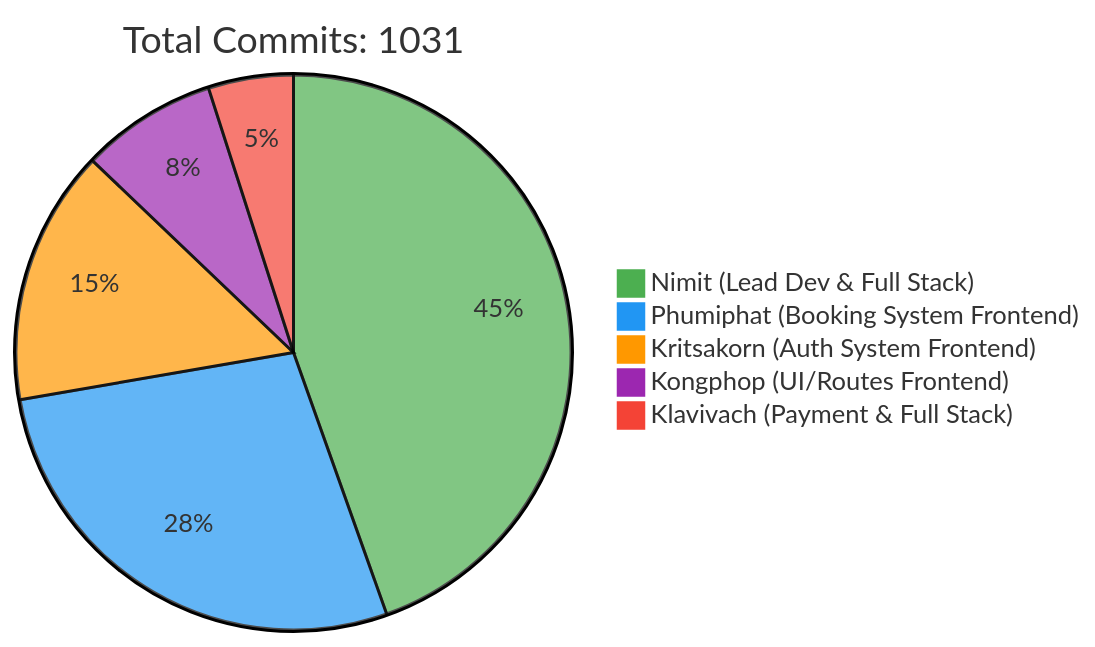
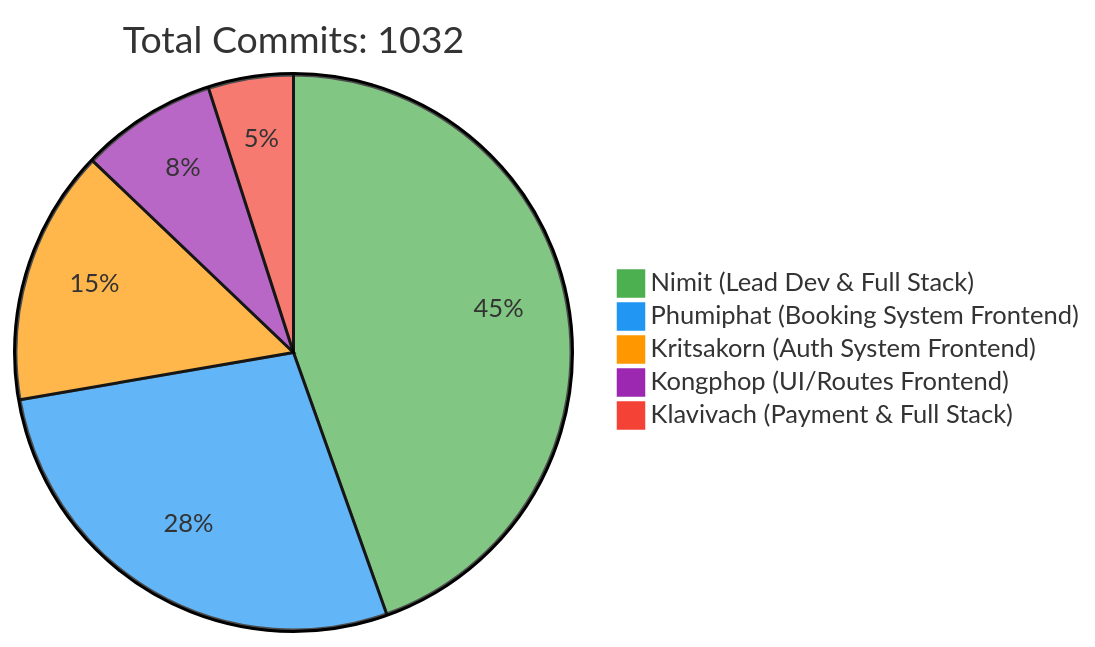
One commit to 6531503042/Sport-Complex changed the first of 2 diagrams in README.md. Above: the diagram before and after it, drawn with Mermaid. The commit also changed other lines of this file, not shown here.

Commit message:
docs: Update contributor statistics [skip ci]

````diff
--- a/README.md
+++ b/README.md
@@ -240,10 +240,10 @@
 ```mermaid
 %%{init: {'theme': 'base', 'themeVariables': { 'pie1': '#4CAF50', 'pie2': '#2196F3', 'pie3': '#FF9800', 'pie4': '#9C27B0', 'pie5': '#F44336'}}}%%
 pie
-    title Total Commits: 1031
+    title Total Commits: 1032
     "Nimit (Lead Dev & Full Stack)" : 450
     "Phumiphat (Booking System Frontend)" : 280
     "Kritsakorn (Auth System Frontend)" : 150
     "Kongphop (UI/Routes Frontend)" : 80
     "Klavivach (Payment & Full Stack)" : 50
 ```
````
